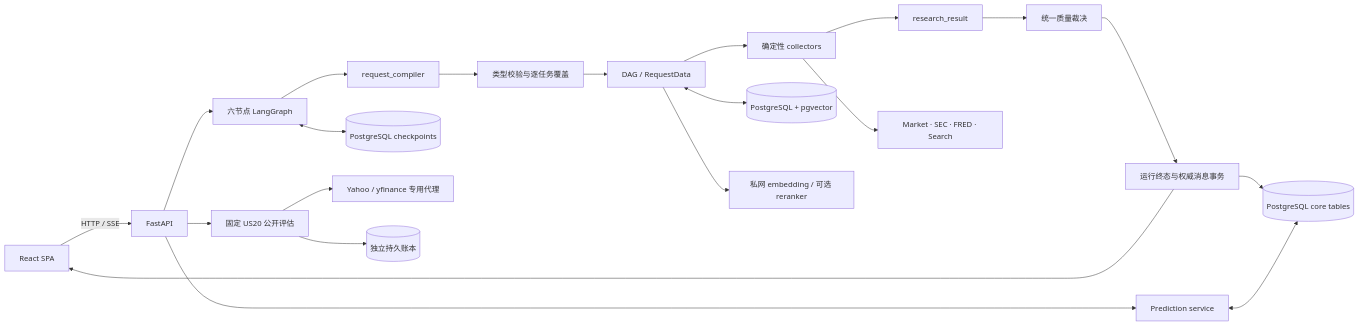
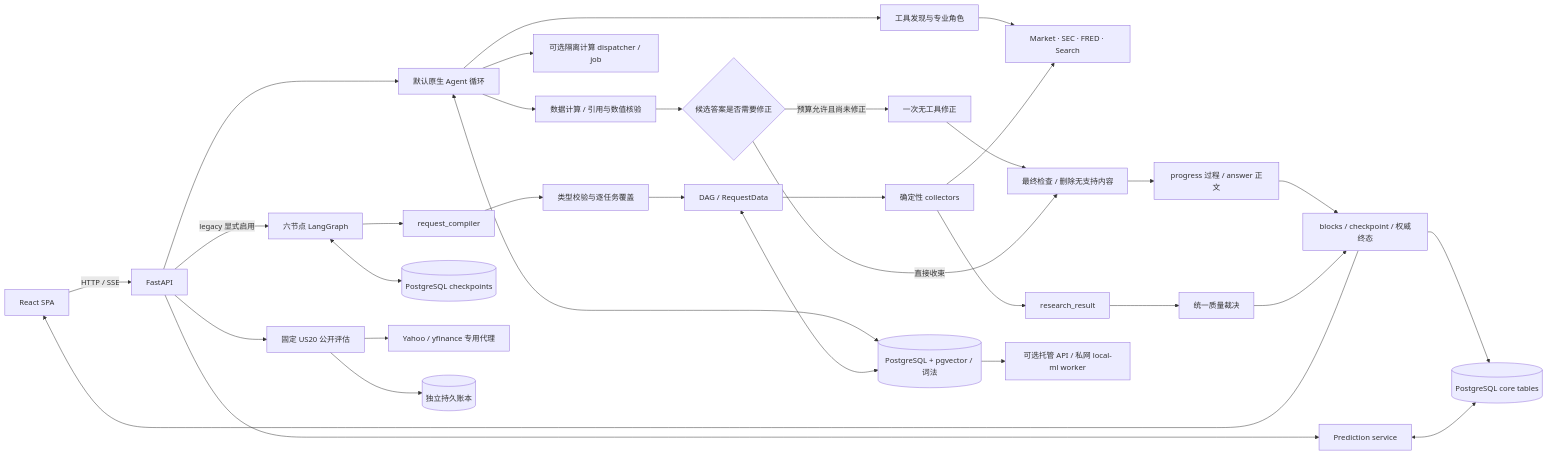
Before and after one commit to kkkano/FinSight: the first of 2 diagrams in docs/01_ARCHITECTURE.md, drawn with Mermaid. The commit also changed other lines of this file and 16 other files, not shown here.

Commit message:
document native research architecture and operations

````diff
--- a/docs/01_ARCHITECTURE.md
+++ b/docs/01_ARCHITECTURE.md
@@ -15,23 +15,35 @@
 ```mermaid
 flowchart LR
     WEB[React SPA] -->|HTTP / SSE| API[FastAPI]
-    API --> GRAPH[六节点 LangGraph]
+    API --> NATIVE[默认原生 Agent 循环]
+    NATIVE --> DISCOVER[工具发现与专业角色]
+    DISCOVER --> TOOL[Market · SEC · FRED · Search]
+    NATIVE --> GROUND[数据计算 / 引用与数值核验]
+    GROUND --> CHECK{候选答案是否需要修正}
+    CHECK -->|预算允许且尚未修正| REPAIR[一次无工具修正]
+    REPAIR --> FINAL[最终检查 / 删除无支持内容]
+    CHECK -->|直接收束| FINAL
+    FINAL --> PHASE[progress 过程 / answer 正文]
+    PHASE --> SAVE[blocks / checkpoint / 权威终态]
+    NATIVE --> COMPUTE[可选隔离计算 dispatcher / job]
+    NATIVE <--> RAG[(PostgreSQL + pgvector / 词法)]
+    API -->|legacy 显式启用| GRAPH[六节点 LangGraph]
     GRAPH --> REQUEST[request_compiler]
     REQUEST --> PLAN[类型校验与逐任务覆盖]
     PLAN --> EXEC[DAG / RequestData]
     EXEC --> COLLECT[确定性 collectors]
     COLLECT --> RESULT[research_result]
     RESULT --> QUALITY[统一质量裁决]
-    QUALITY --> SAVE[运行终态与权威消息事务]
+    QUALITY --> SAVE
     SAVE --> WEB
     SAVE --> CORE
     API --> PRED[Prediction service]
-    COLLECT --> TOOL[Market · SEC · FRED · Search]
-    EXEC <--> RAG[(PostgreSQL + pgvector)]
-    EXEC --> WORKER[私网 embedding / 可选 reranker]
+    COLLECT --> TOOL
+    EXEC <--> RAG
+    RAG --> EMBED[可选托管 API / 私网 local-ml worker]
     GRAPH <--> CP[(PostgreSQL checkpoints)]
     PRED <--> CORE[(PostgreSQL core tables)]
     API --> BENCH[固定 US20 公开评估]
     BENCH --> YAHOO[Yahoo / yfinance 专用代理]
     BENCH --> LEDGER[(独立持久账本)]
 ```
````
